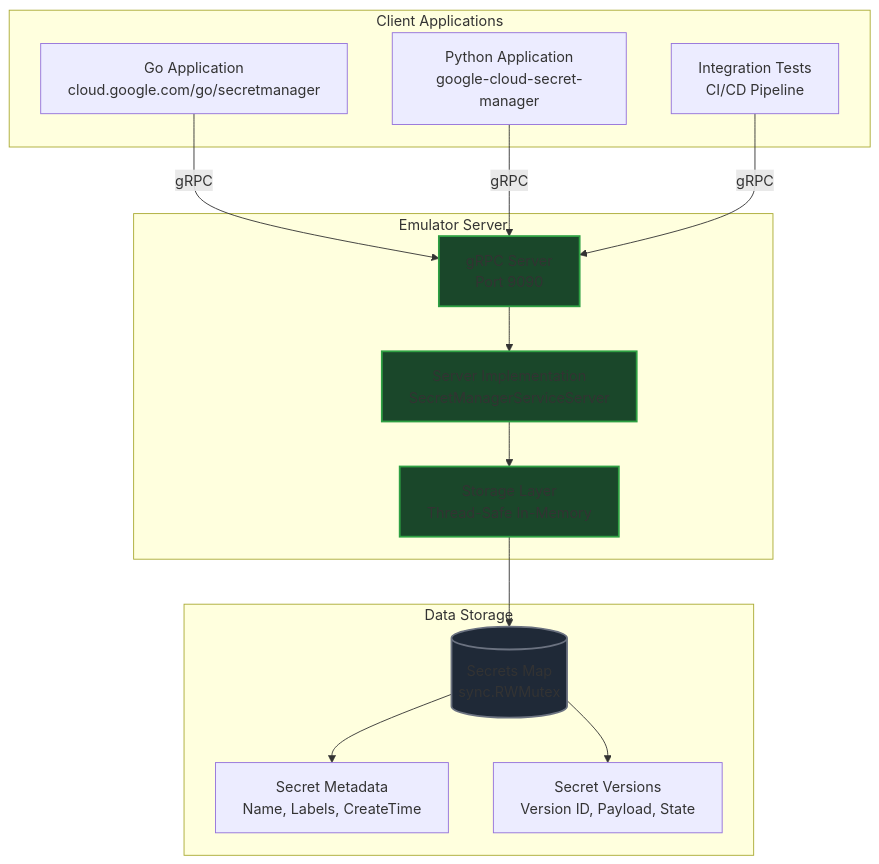
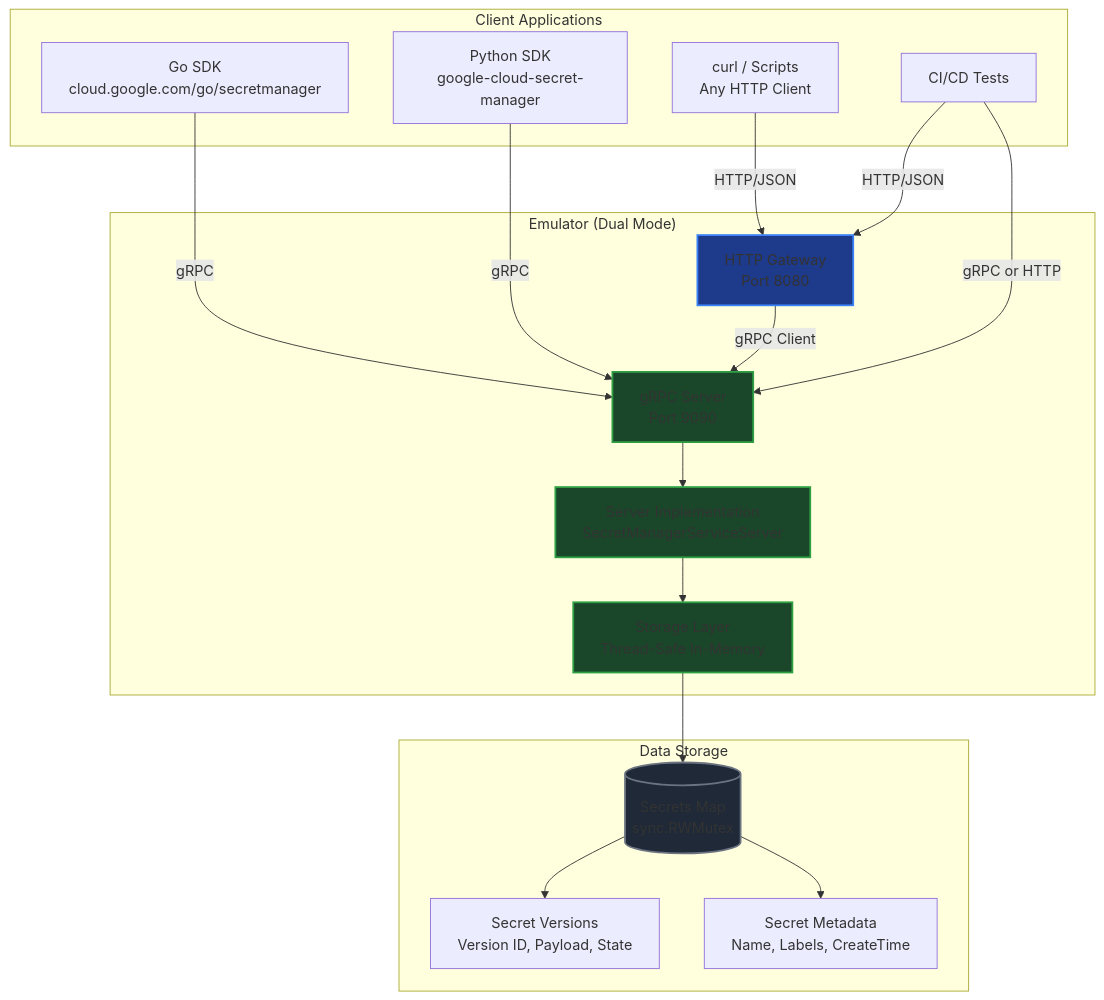
Before and after one commit to blackwell-systems/gcp-secret-manager-emulator: the first of 12 diagrams in docs/ARCHITECTURE.md, drawn with Mermaid. The commit also changed other lines of this file and 15 other files, not shown here.

````diff
--- a/docs/ARCHITECTURE.md
+++ b/docs/ARCHITECTURE.md
@@ -18,36 +27,44 @@
 ```mermaid
 graph TB
     subgraph ClientApps["Client Applications"]
-        A["Go Application<br/>cloud.google.com/go/secretmanager"]
-        B["Python Application<br/>google-cloud-secret-manager"]
-        C["Integration Tests<br/>CI/CD Pipeline"]
+        A["Go SDK<br/>cloud.google.com/go/secretmanager"]
+        B["Python SDK<br/>google-cloud-secret-manager"]
+        C["curl / Scripts<br/>Any HTTP Client"]
+        D["CI/CD Tests"]
     end
 
-    subgraph EmulatorServer["Emulator Server"]
-        D["gRPC Server<br/>Port 9090"]
-        E["Server Implementation<br/>SecretManagerServiceServer"]
-        F["Storage Layer<br/>Thread-Safe In-Memory"]
+    subgraph EmulatorDual["Emulator (Dual Mode)"]
+        E["gRPC Server<br/>Port 9090"]
+        F["HTTP Gateway<br/>Port 8080"]
+        G["Server Implementation<br/>SecretManagerServiceServer"]
+        H["Storage Layer<br/>Thread-Safe In-Memory"]
     end
 
     subgraph DataStorage["Data Storage"]
-        G[("Secrets Map<br/>sync.RWMutex")]
-        H["Secret Metadata<br/>Name, Labels, CreateTime"]
-        I["Secret Versions<br/>Version ID, Payload, State"]
+        I[("Secrets Map<br/>sync.RWMutex")]
+        J["Secret Metadata<br/>Name, Labels, CreateTime"]
+        K["Secret Versions<br/>Version ID, Payload, State"]
     end
 
-    A -->|gRPC| D
-    B -->|gRPC| D
-    C -->|gRPC| D
-    D --> E
-    E --> F
-    F --> G
+    A -->|gRPC| E
+    B -->|gRPC| E
+    C -->|HTTP/JSON| F
+    D -->|gRPC or HTTP| E
+    D -->|HTTP/JSON| F
+    
+    F -->|gRPC Client| E
+    E --> G
     G --> H
-    G --> I
+    H --> I
+    I --> J
+    I --> K
 
     classDef serverClass fill:#1a472a,stroke:#2ea043,stroke-width:2px
+    classDef gatewayClass fill:#1e3a8a,stroke:#3b82f6,stroke-width:2px
     classDef storageClass fill:#1f2937,stroke:#6b7280,stroke-width:2px
-    class D serverClass
     class E serverClass
-    class F serverClass
-    class G storageClass
+    class G serverClass
+    class H serverClass
+    class F gatewayClass
+    class I storageClass
 ```
````
